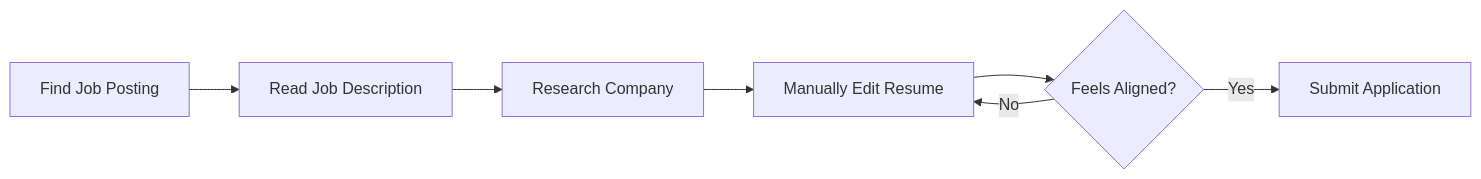
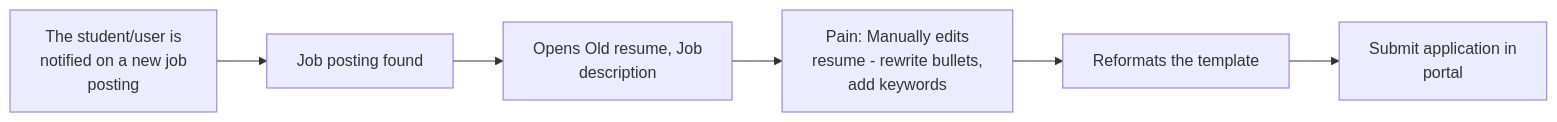
The first of 2 diagrams in PDD.md (sanjogkadayat-web/AIBPA), drawn with Mermaid before and after one commit. The commit also changed other lines of this file, not shown here.

````diff
--- a/PDD.md
+++ b/PDD.md
@@ -49,10 +49,10 @@
 ```mermaid
 flowchart LR
 
-A[Find Job Posting] --> B[Read Job Description]
-B --> C[Research Company]
-C --> D[Manually Edit Resume]
-D --> E{Feels Aligned?}
-E -- No --> D
-E -- Yes --> F[Submit Application]
+A[The student/user is<br/>notified on a new job<br/>posting] --> 
+B[Job posting found] --> 
+C[Opens Old resume, Job<br/>description] --> 
+D[Pain: Manually edits<br/>resume - rewrite bullets,<br/>add keywords] --> 
+E[Reformats the template] --> 
+F[Submit application in<br/>portal]
 ```
````
